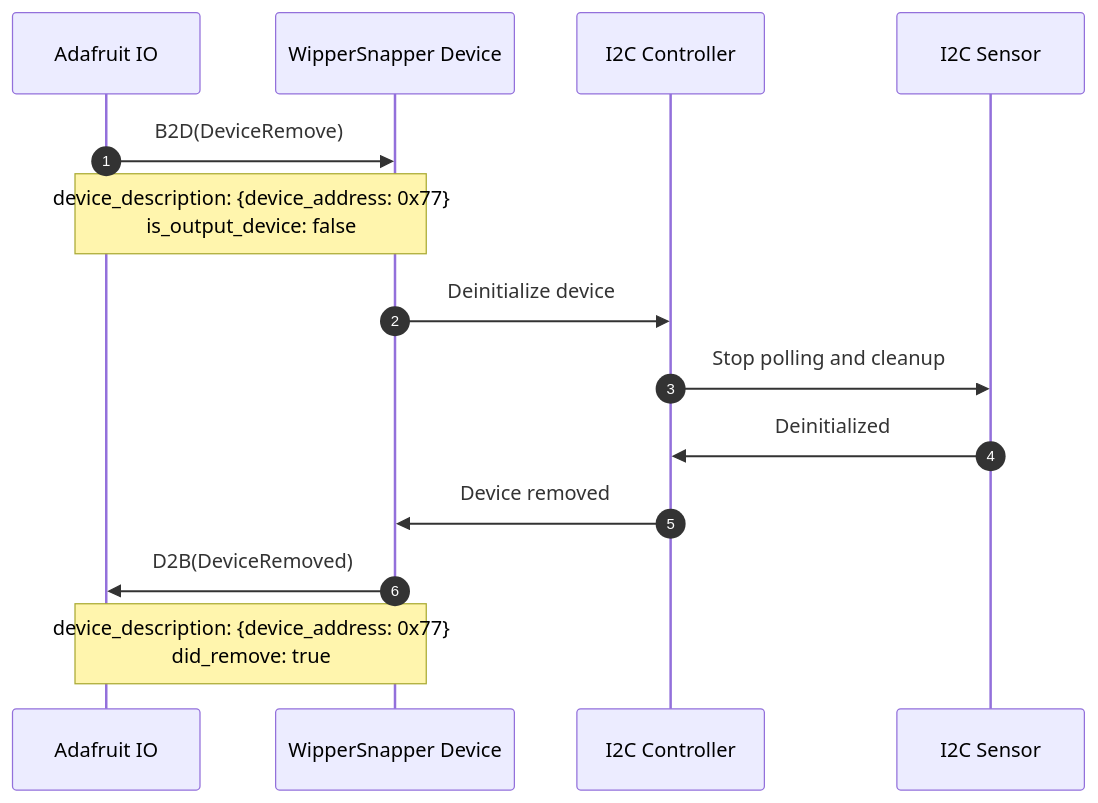
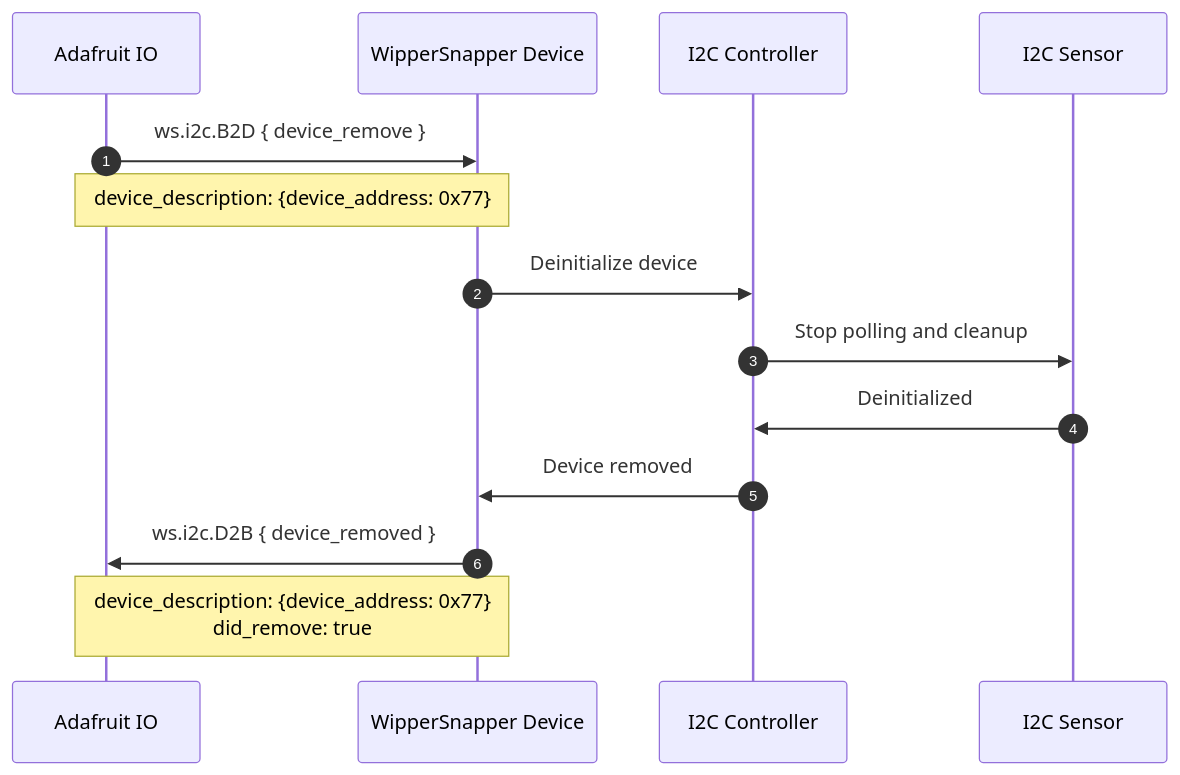
One commit to adafruit/Wippersnapper_Protobuf changed the fourth of 4 diagrams in proto/wippersnapper/docs/i2c.md. Above: the diagram before and after it, drawn with Mermaid. The commit also changed other lines of this file and 10 other files, not shown here.

````diff
--- a/proto/wippersnapper/docs/i2c.md
+++ b/proto/wippersnapper/docs/i2c.md
@@ -166,19 +145,19 @@
 ```mermaid
 sequenceDiagram
 autonumber
 participant IO as Adafruit IO
 participant Device as WipperSnapper Device
 participant I2C as I2C Controller
 participant Sensor as I2C Sensor
 
-IO->>Device: B2D(DeviceRemove)
-Note over IO,Device: device_description: {device_address: 0x77}<br/>is_output_device: false
+IO->>Device: ws.i2c.B2D { device_remove }
+Note over IO,Device: device_description: {device_address: 0x77}
 
 Device->>I2C: Deinitialize device
 I2C->>Sensor: Stop polling and cleanup
 Sensor->>I2C: Deinitialized
 
 I2C->>Device: Device removed
-Device->>IO: D2B(DeviceRemoved)
+Device->>IO: ws.i2c.D2B { device_removed }
 Note over Device,IO: device_description: {device_address: 0x77}<br/>did_remove: true
 ```
````
